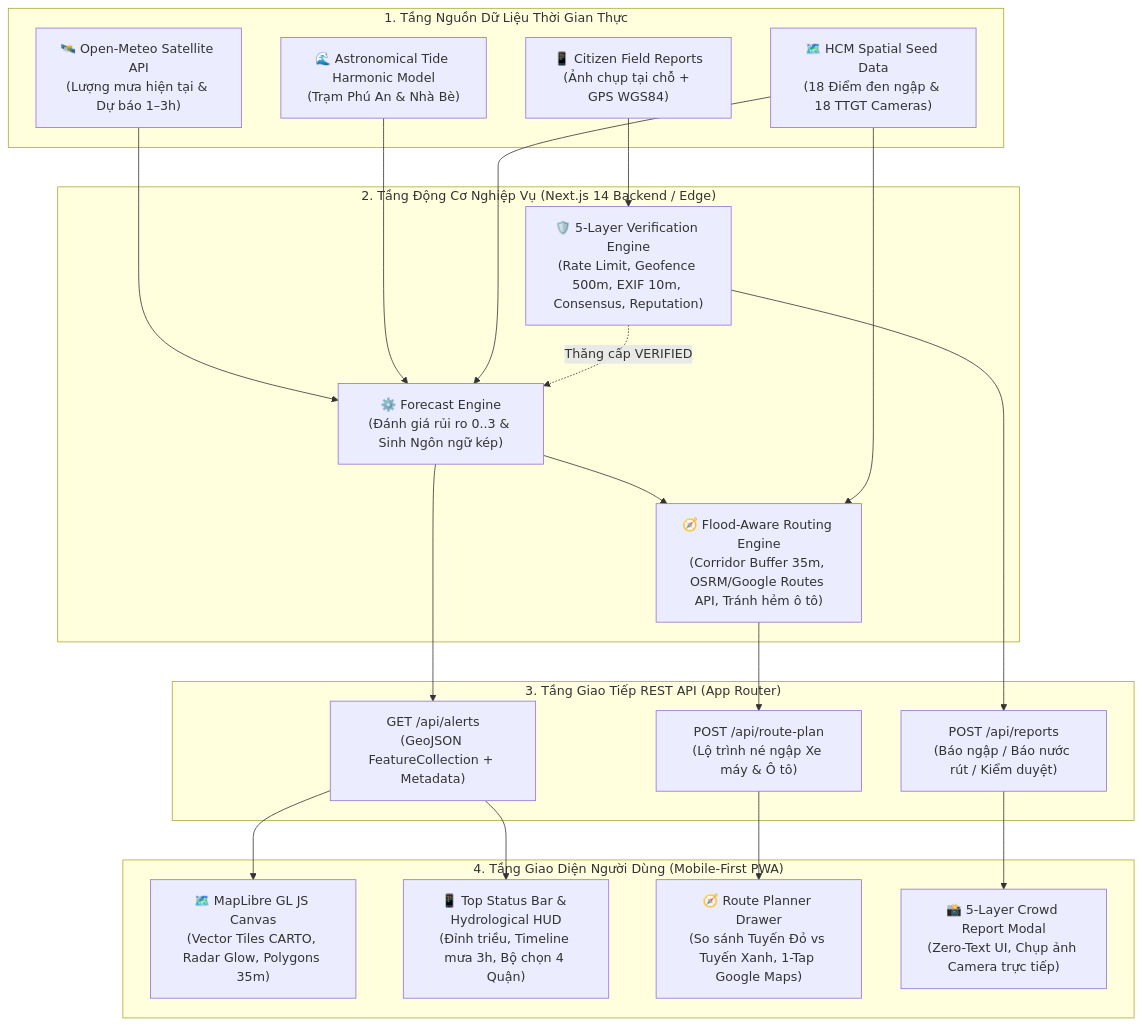
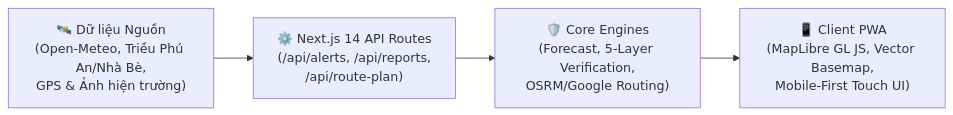
One commit to yangcoi/ocean-flood changed the diagram in README.md. Above: the diagram before and after it, drawn with Mermaid. The commit also changed other lines of this file, not shown here.

````diff
--- a/README.md
+++ b/README.md
@@ -35,41 +57,6 @@
 ```mermaid
-flowchart TD
-    subgraph DataSources["1. Tầng Nguồn Dữ Liệu Thời Gian Thực"]
-        OM["🛰️ Open-Meteo Satellite API<br>(Lượng mưa hiện tại & Dự báo 1–3h)"]
-        Tide["🌊 Astronomical Tide Harmonic Model<br>(Trạm Phú An & Nhà Bè)"]
-        Crowd["📱 Citizen Field Reports<br>(Ảnh chụp tại chỗ + GPS WGS84)"]
-        Seed["🗺️ HCM Spatial Seed Data<br>(18 Điểm đen ngập & 18 TTGT Cameras)"]
-    end
-
-    subgraph CoreEngines["2. Tầng Động Cơ Nghiệp Vụ (Next.js 14 Backend / Edge)"]
-        FE["⚙️ Forecast Engine<br>(Đánh giá rủi ro 0..3 & Sinh Ngôn ngữ kép)"]
-        VE["🛡️ 5-Layer Verification Engine<br>(Rate Limit, Geofence 500m, EXIF 10m, Consensus, Reputation)"]
-        RE["🧭 Flood-Aware Routing Engine<br>(Corridor Buffer 35m, OSRM/Google Routes API, Tránh hẻm ô tô)"]
-    end
-
-    subgraph API["3. Tầng Giao Tiếp REST API (App Router)"]
-        API1["GET /api/alerts<br>(GeoJSON FeatureCollection + Metadata)"]
-        API2["POST /api/reports<br>(Báo ngập / Báo nước rút / Kiểm duyệt)"]
-        API3["POST /api/route-plan<br>(Lộ trình né ngập Xe máy & Ô tô)"]
-    end
-
-    subgraph Frontend["4. Tầng Giao Diện Người Dùng (Mobile-First PWA)"]
-        Map["🗺️ MapLibre GL JS Canvas<br>(Vector Tiles CARTO, Radar Glow, Polygons 35m)"]
-        HUD["📱 Top Status Bar & Hydrological HUD<br>(Đỉnh triều, Timeline mưa 3h, Bộ chọn 4 Quận)"]
-        Drawer["🧭 Route Planner Drawer<br>(So sánh Tuyến Đỏ vs Tuyến Xanh, 1-Tap Google Maps)"]
-        Modal["📸 5-Layer Crowd Report Modal<br>(Zero-Text UI, Chụp ảnh Camera trực tiếp)"]
-    end
-
-    OM --> FE
-    Tide --> FE
-    Seed --> FE
-    Crowd --> VE
-    VE -.->|Thăng cấp VERIFIED| FE
-    FE --> API1
-    VE --> API2
-    FE & Seed --> RE --> API3
-
-    API1 --> Map & HUD
-    API2 --> Modal
-    API3 --> Drawer
+flowchart LR
+    A["🛰️ Dữ liệu Nguồn<br>(Open-Meteo, Triều Phú An/Nhà Bè,<br>GPS & Ảnh hiện trường)"] --> B["⚙️ Next.js 14 API Routes<br>(/api/alerts, /api/reports,<br>/api/route-plan)"]
+    B --> C["🛡️ Core Engines<br>(Forecast, 5-Layer Verification,<br>OSRM/Google Routing)"]
+    C --> D["📱 Client PWA<br>(MapLibre GL JS, Vector Basemap,<br>Mobile-First Touch UI)"]
 ```
````
